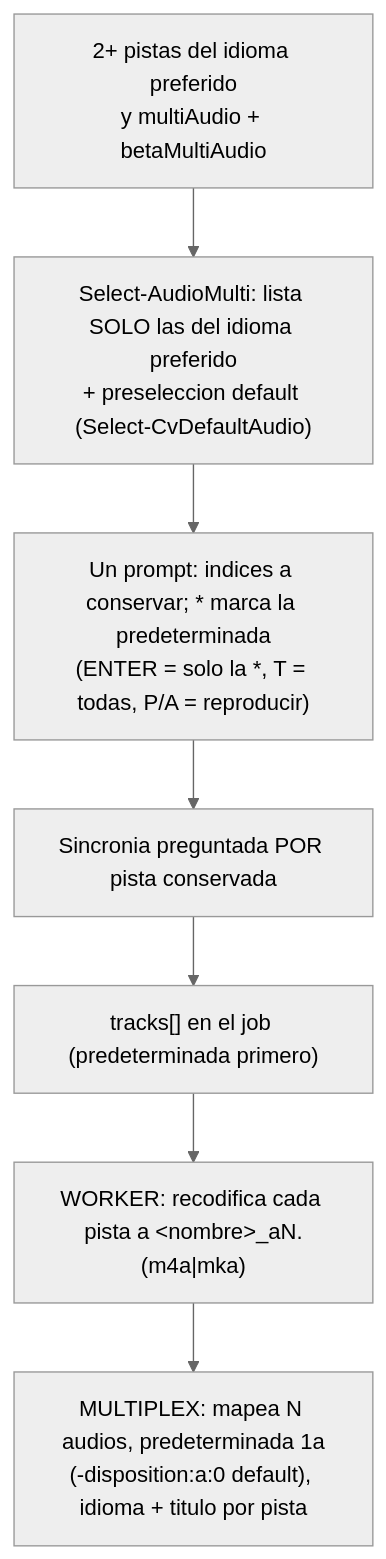
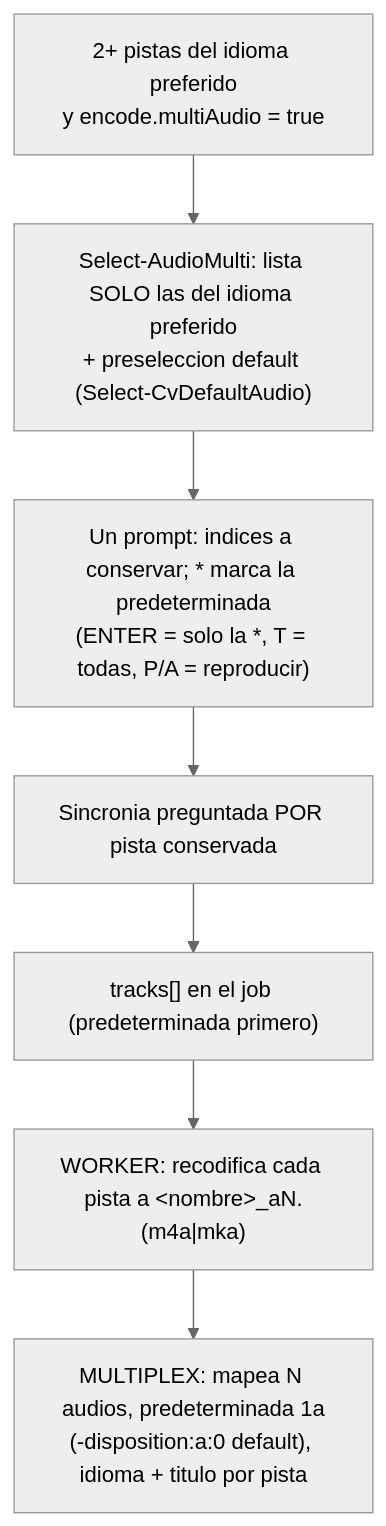
The third of 5 diagrams in docs/explica-audio.md (vsc55/ConversorVideoCMD), drawn with Mermaid (neutral theme) before and after one commit. The commit also changed other lines of this file and 36 other files, not shown here.

````diff
--- a/docs/explica-audio.md
+++ b/docs/explica-audio.md
@@ -52,9 +52,9 @@
 ```mermaid
 flowchart TD
-    A["2+ pistas del idioma preferido<br/>y multiAudio + betaMultiAudio"] --> B["Select-AudioMulti: lista SOLO las del idioma preferido<br/>+ preseleccion default (Select-CvDefaultAudio)"]
+    A["2+ pistas del idioma preferido<br/>y encode.multiAudio = true"] --> B["Select-AudioMulti: lista SOLO las del idioma preferido<br/>+ preseleccion default (Select-CvDefaultAudio)"]
     B --> C["Un prompt: indices a conservar; * marca la predeterminada<br/>(ENTER = solo la *, T = todas, P/A = reproducir)"]
     C --> D["Sincronia preguntada POR pista conservada"]
     D --> E["tracks[] en el job (predeterminada primero)"]
     E --> F["WORKER: recodifica cada pista a &lt;nombre&gt;_aN.(m4a|mka)"]
     F --> G["MULTIPLEX: mapea N audios, predeterminada 1a<br/>(-disposition:a:0 default), idioma + titulo por pista"]
 ```
````
